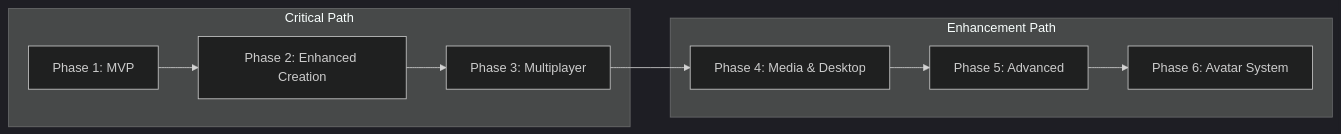
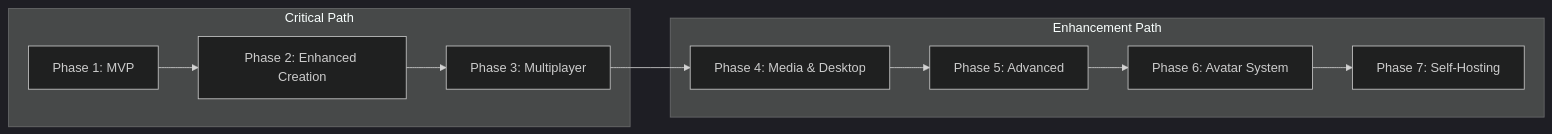
Before and after one commit to kazemcodes/what-if-I-could-fix-the-world: the diagram in plans/implementation-plan.md, drawn with Mermaid (dark theme). The commit also changed other lines of this file, not shown here.

````diff
--- a/plans/implementation-plan.md
+++ b/plans/implementation-plan.md
@@ -458,20 +516,22 @@
 ```mermaid
 flowchart LR
     P1[Phase 1: MVP] --> P2[Phase 2: Enhanced Creation]
     P2 --> P3[Phase 3: Multiplayer]
     P3 --> P4[Phase 4: Media & Desktop]
     P4 --> P5[Phase 5: Advanced]
     P5 --> P6[Phase 6: Avatar System]
+    P6 --> P7[Phase 7: Self-Hosting]
     
     subgraph Critical Path
         P1
         P2
         P3
     end
     
     subgraph Enhancement Path
         P4
         P5
         P6
+        P7
     end
 ```
````
